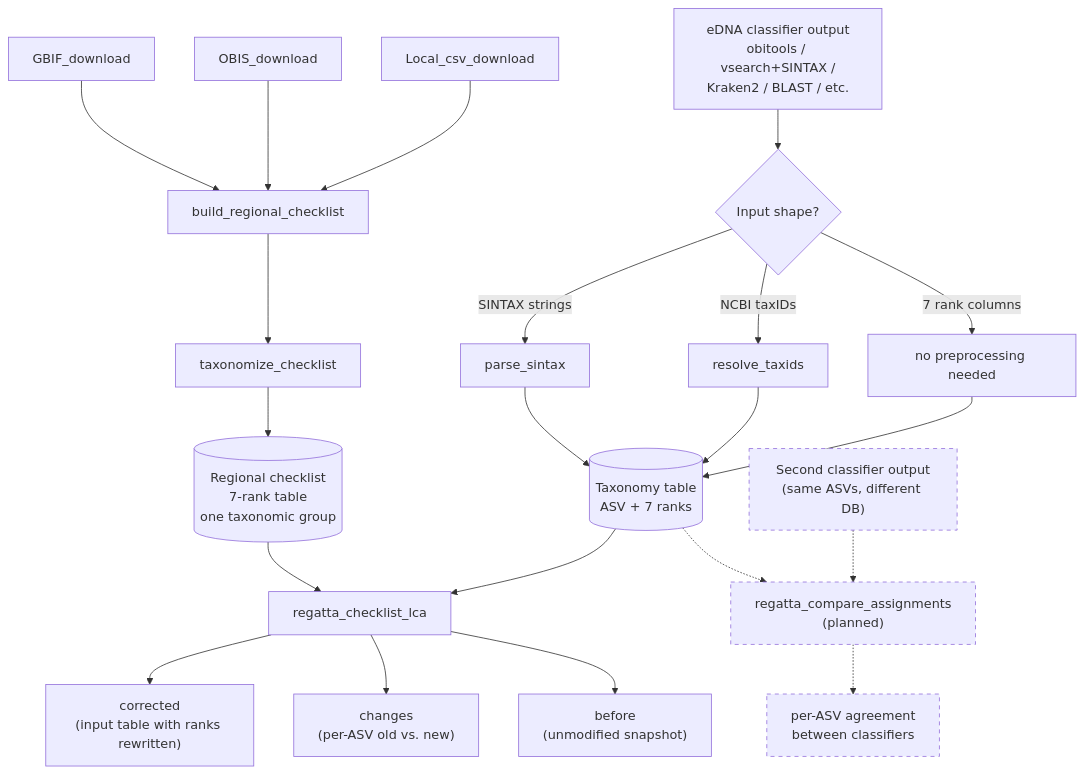
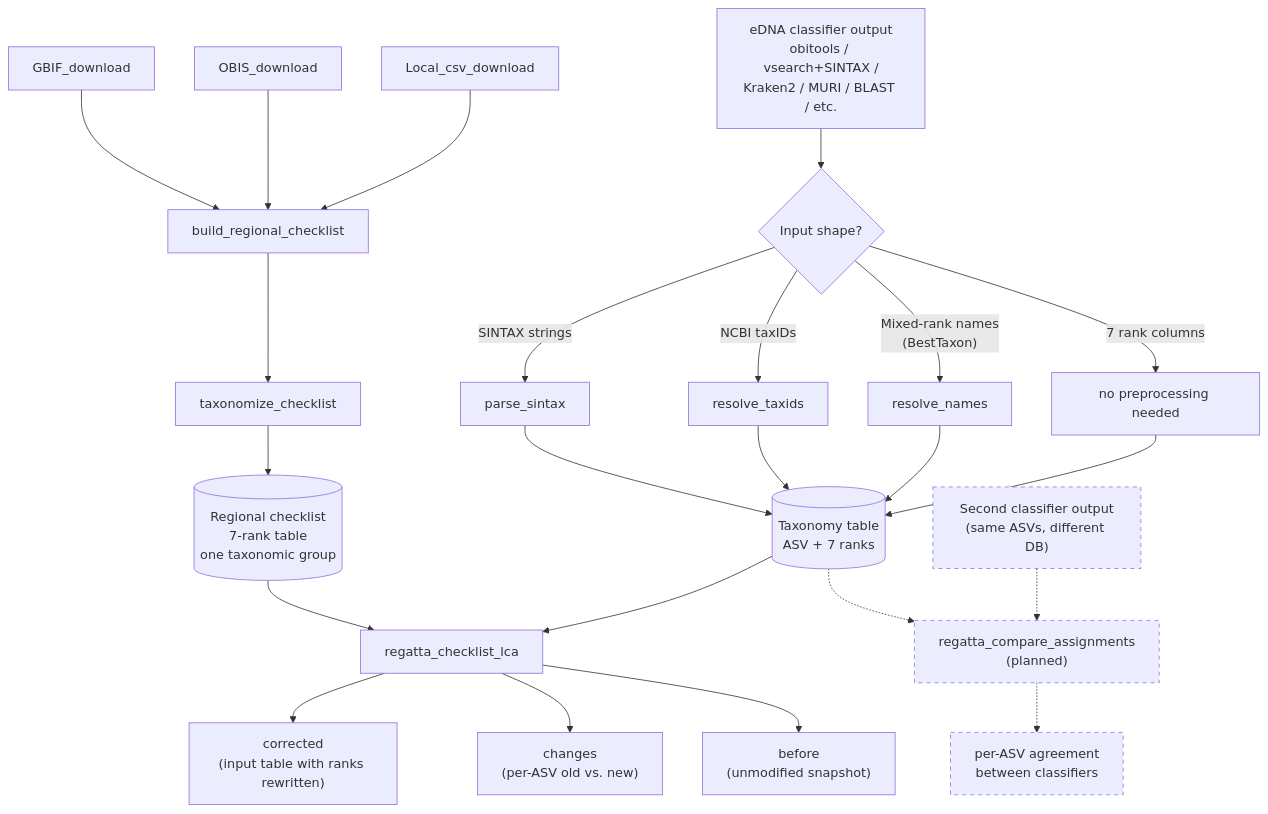
The diagram in README.md (EWisely/REGATTA), drawn with Mermaid before and after one commit. The commit also changed other lines of this file and 6 other files, not shown here.

````diff
--- a/README.md
+++ b/README.md
@@ -36,30 +36,32 @@
 ```mermaid
 flowchart TD
     A[GBIF_download] --> D[build_regional_checklist]
     B[OBIS_download] --> D
     C[Local_csv_download] --> D
     D --> E[taxonomize_checklist]
     E --> F[("Regional checklist<br/>7-rank table<br/>one taxonomic group")]
 
-    G["eDNA classifier output<br/>obitools / vsearch+SINTAX /<br/>Kraken2 / BLAST / etc."] --> H{Input shape?}
+    G["eDNA classifier output<br/>obitools / vsearch+SINTAX /<br/>Kraken2 / MURI / BLAST / etc."] --> H{Input shape?}
     H -->|SINTAX strings| I[parse_sintax]
     H -->|NCBI taxIDs| J[resolve_taxids]
+    H -->|"Mixed-rank names<br/>(BestTaxon)"| N1[resolve_names]
     H -->|7 rank columns| K[no preprocessing needed]
     I --> L[("Taxonomy table<br/>ASV + 7 ranks")]
     J --> L
+    N1 --> L
     K --> L
 
     F --> M[regatta_checklist_lca]
     L --> M
     M --> N["corrected<br/>(input table with ranks rewritten)"]
     M --> O["changes<br/>(per-ASV old vs. new)"]
     M --> P["before<br/>(unmodified snapshot)"]
 
     L2["Second classifier output<br/>(same ASVs, different DB)"] -.-> Q["regatta_compare_assignments<br/>(planned)"]
     L -.-> Q
     Q -.-> R[per-ASV agreement<br/>between classifiers]
 
     style Q stroke-dasharray: 5 5
     style R stroke-dasharray: 5 5
     style L2 stroke-dasharray: 5 5
 ```
````
